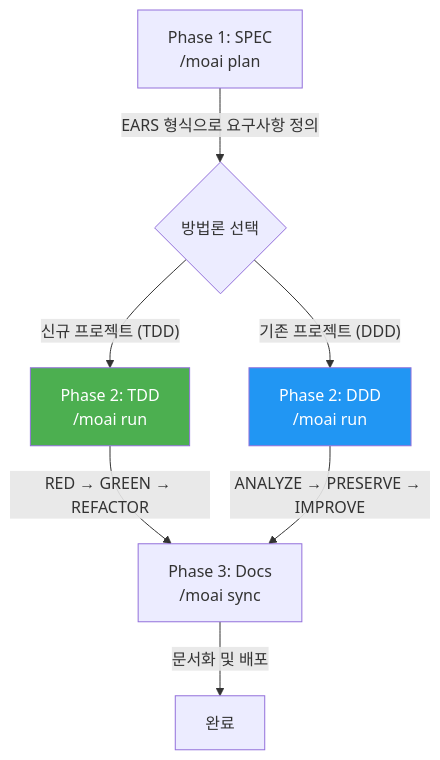
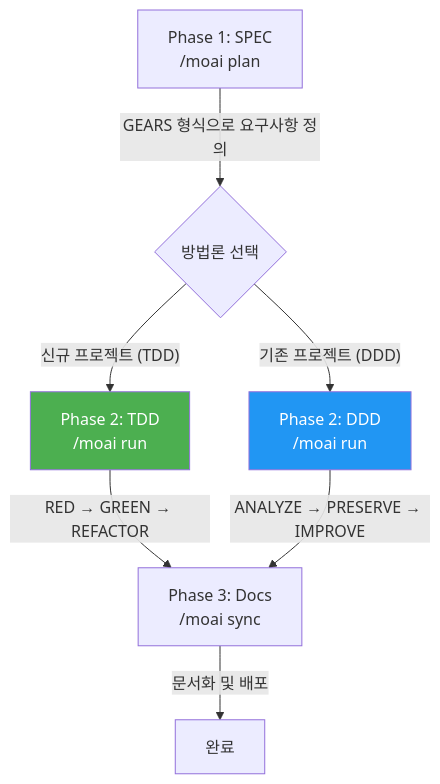
One commit to modu-ai/moai-adk changed the second of 2 diagrams in docs-site/content/ko/getting-started/introduction.md. Above: the diagram before and after it, drawn with Mermaid. The commit also changed other lines of this file and 15 other files, not shown here.

````diff
--- a/docs-site/content/ko/getting-started/introduction.md
+++ b/docs-site/content/ko/getting-started/introduction.md
@@ -213,12 +213,12 @@
 ```mermaid
 flowchart TD
-    A["Phase 1: SPEC<br/>/moai plan"] -->|"EARS 형식으로 요구사항 정의"| B{"방법론 선택"}
+    A["Phase 1: SPEC<br/>/moai plan"] -->|"GEARS 형식으로 요구사항 정의"| B{"방법론 선택"}
     B -->|"신규 프로젝트 (TDD)"| C["Phase 2: TDD<br/>/moai run"]
     B -->|"기존 프로젝트 (DDD)"| D["Phase 2: DDD<br/>/moai run"]
     C -->|"RED → GREEN → REFACTOR"| E["Phase 3: Docs<br/>/moai sync"]
     D -->|"ANALYZE → PRESERVE → IMPROVE"| E
     E -->|"문서화 및 배포"| F["완료"]
 
     style C fill:#4CAF50,color:#fff
     style D fill:#2196F3,color:#fff
 ```
````
